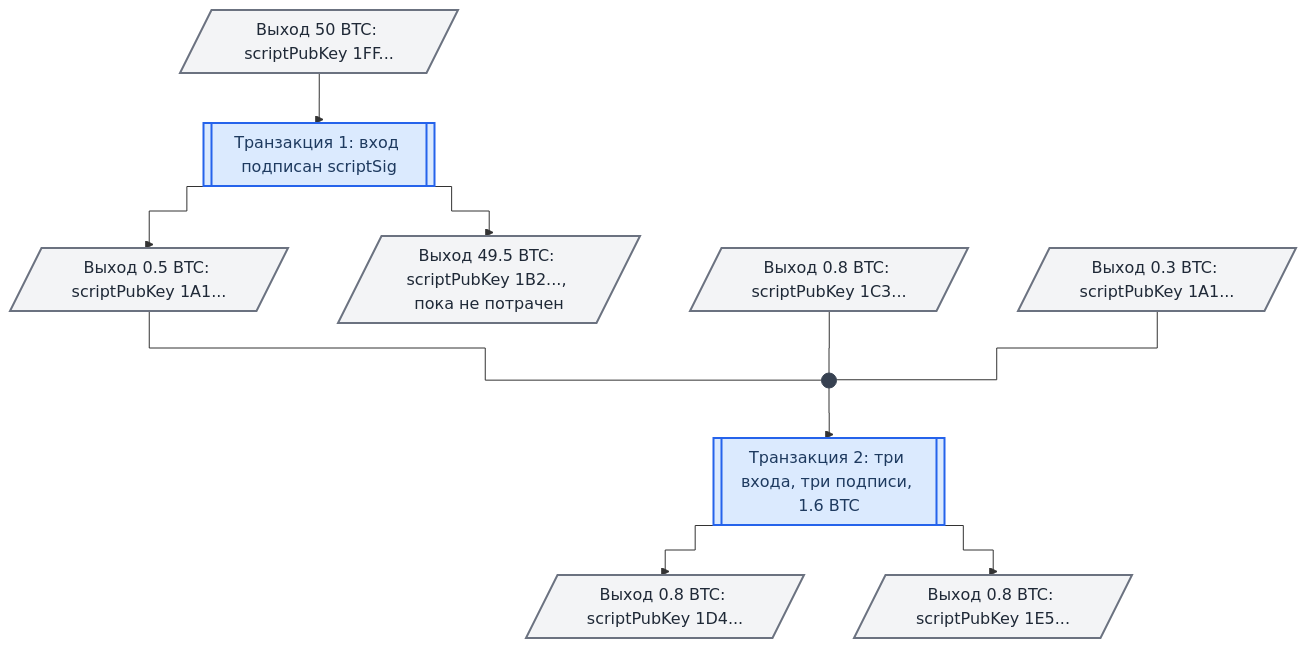
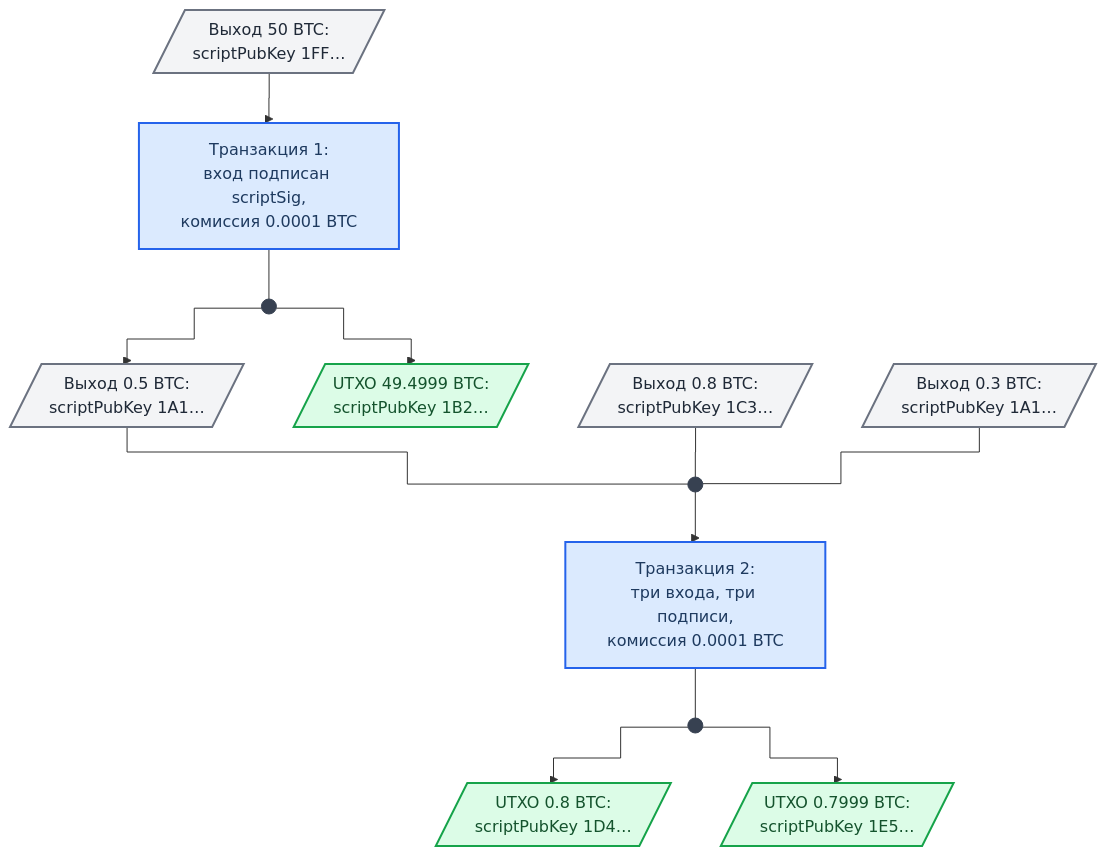
One commit to geminishkv/course_labs changed the diagram in docs/materials/examples/Multisignature.md. Above: the diagram before and after it, drawn with Mermaid. The commit also changed 3 other files, not shown here.

First line of the commit message:
docs(diagrams): rework lab diagrams for readability and GOST notation

````diff
--- a/docs/materials/examples/Multisignature.md
+++ b/docs/materials/examples/Multisignature.md
@@ -24,34 +24,41 @@
 ```mermaid
 %%{init: {"flowchart": {"curve": "step"}}}%%
 flowchart TB
     accTitle: Транзакции Bitcoin в модели UTXO
-    accDescr: Транзакция целиком тратит непотраченные выходы прошлых транзакций и создаёт новые выходы; здесь выход 0.5 BTC первой транзакции вместе с двумя другими выходами становится входом второй, суммы входов и выходов совпадают.
+    accDescr: Транзакция целиком тратит непотраченные выходы прошлых транзакций и создаёт новые выходы, а разница между входами и выходами уходит майнеру как комиссия; здесь выход 0.5 BTC первой транзакции вместе с двумя другими выходами становится входом второй, непотраченными остаются три выхода.
 
-    utxo_50[/Выход 50 BTC: scriptPubKey 1FF.../]
-    tx_first[[Транзакция 1: вход подписан scriptSig]]
-    out_05[/Выход 0.5 BTC: scriptPubKey 1A1.../]
-    out_495[/Выход 49.5 BTC: scriptPubKey 1B2..., пока не потрачен/]
-    utxo_08[/Выход 0.8 BTC: scriptPubKey 1C3.../]
-    utxo_03[/Выход 0.3 BTC: scriptPubKey 1A1.../]
+    utxo_50[/"Выход 50 BTC:<br/>scriptPubKey 1FF…"/]
+    tx_first["Транзакция 1:<br/>вход подписан scriptSig,<br/>комиссия 0.0001 BTC"]
+    tx_first_fork((" "))
+    out_05[/"Выход 0.5 BTC:<br/>scriptPubKey 1A1…"/]
+    out_change[/"UTXO 49.4999 BTC:<br/>scriptPubKey 1B2…"/]
+    utxo_08[/"Выход 0.8 BTC:<br/>scriptPubKey 1C3…"/]
+    utxo_03[/"Выход 0.3 BTC:<br/>scriptPubKey 1A1…"/]
     inputs_join((" "))
-    tx_second[[Транзакция 2: три входа, три подписи, 1.6 BTC]]
-    out_08_d4[/Выход 0.8 BTC: scriptPubKey 1D4.../]
-    out_08_e5[/Выход 0.8 BTC: scriptPubKey 1E5.../]
+    tx_second["Транзакция 2:<br/>три входа, три подписи,<br/>комиссия 0.0001 BTC"]
+    tx_second_fork((" "))
+    out_08_d4[/"UTXO 0.8 BTC:<br/>scriptPubKey 1D4…"/]
+    out_08_e5[/"UTXO 0.7999 BTC:<br/>scriptPubKey 1E5…"/]
 
     utxo_50 --> tx_first
-    tx_first --> out_05
-    tx_first --> out_495
+    tx_first --- tx_first_fork
+    tx_first_fork --> out_05
+    tx_first_fork --> out_change
     out_05 --- inputs_join
     utxo_08 --- inputs_join
     utxo_03 --- inputs_join
     inputs_join --> tx_second
-    tx_second --> out_08_d4
-    tx_second --> out_08_e5
+    tx_second --- tx_second_fork
+    tx_second_fork --> out_08_d4
+    tx_second_fork --> out_08_e5
 
-    classDef tx fill:#dbeafe,stroke:#2563eb,stroke-width:2px,color:#1e3a5f
-    classDef output fill:#f3f4f6,stroke:#6b7280,stroke-width:2px,color:#1f2937
     classDef junction fill:#374151,stroke:#374151,stroke-width:1px,color:#374151,font-size:1px
-    class tx_first,tx_second tx
-    class utxo_50,out_05,out_495,utxo_08,utxo_03,out_08_d4,out_08_e5 output
-    class inputs_join junction
+    classDef stage fill:#dbeafe,stroke:#2563eb,stroke-width:2px,color:#1e3a5f
+    classDef spent fill:#f3f4f6,stroke:#6b7280,stroke-width:2px,color:#1f2937
+    classDef unspent fill:#dcfce7,stroke:#16a34a,stroke-width:2px,color:#14532d
+
+    class tx_first_fork,inputs_join,tx_second_fork junction
+    class tx_first,tx_second stage
+    class utxo_50,out_05,utxo_08,utxo_03 spent
+    class out_change,out_08_d4,out_08_e5 unspent
 ```
````
